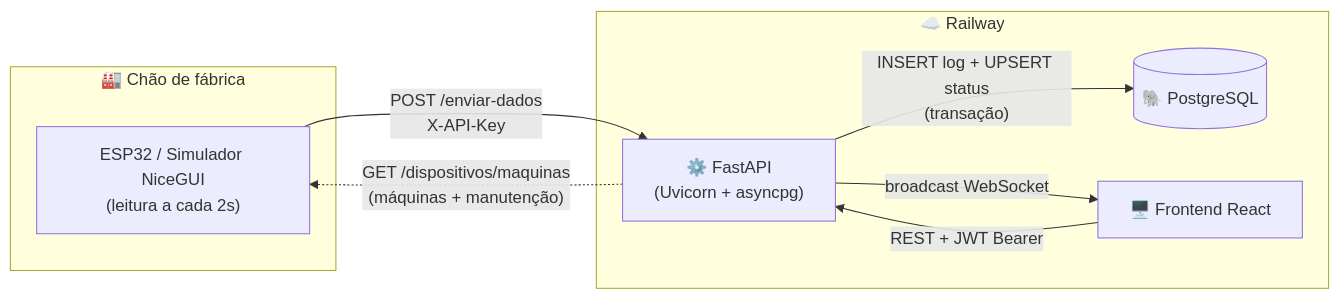
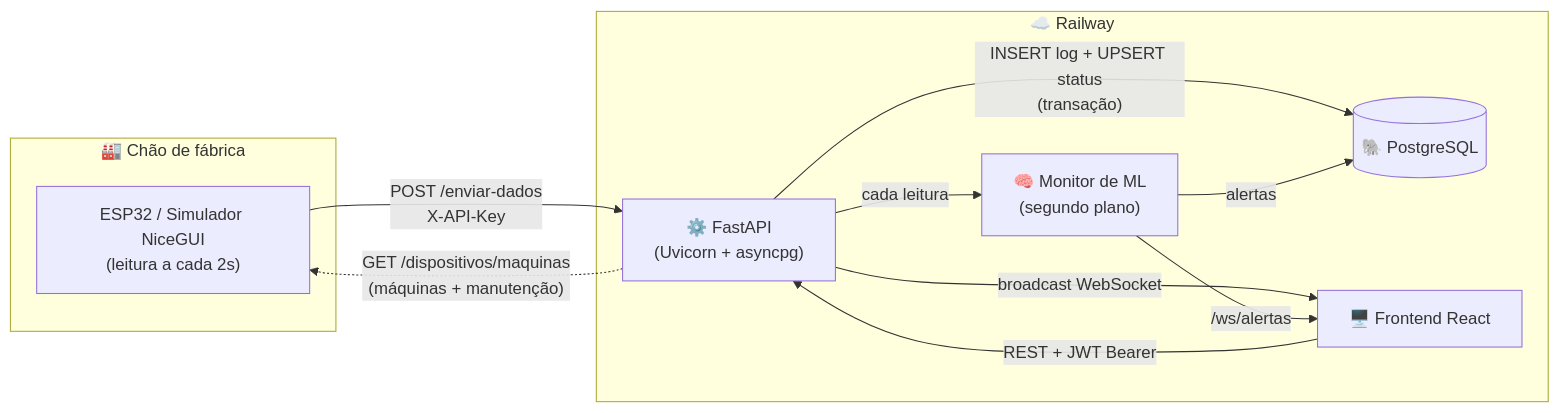
One commit to Pedro-Cavenaghi/Simple-IHM-Backend changed the first of 2 diagrams in README.md. Above: the diagram before and after it, drawn with Mermaid. The commit also changed other lines of this file and 26 other files, not shown here.

````diff
--- a/README.md
+++ b/README.md
@@ -67,18 +67,22 @@
 ```mermaid
 flowchart LR
     subgraph Fabrica["🏭 Chão de fábrica"]
         ESP["ESP32 / Simulador NiceGUI<br/>(leitura a cada 2s)"]
     end
 
     subgraph Railway["☁️ Railway"]
         API["⚙️ FastAPI<br/>(Uvicorn + asyncpg)"]
+        ML["🧠 Monitor de ML<br/>(segundo plano)"]
         DB[("🐘 PostgreSQL")]
         FE["🖥️ Frontend React"]
     end
 
     ESP -- "POST /enviar-dados<br/>X-API-Key" --> API
     API -. "GET /dispositivos/maquinas<br/>(máquinas + manutenção)" .-> ESP
     API -- "INSERT log + UPSERT status<br/>(transação)" --> DB
     API -- "broadcast WebSocket" --> FE
+    API -- "cada leitura" --> ML
+    ML -- "alertas" --> DB
+    ML -- "/ws/alertas" --> FE
     FE -- "REST + JWT Bearer" --> API
 ```
````
